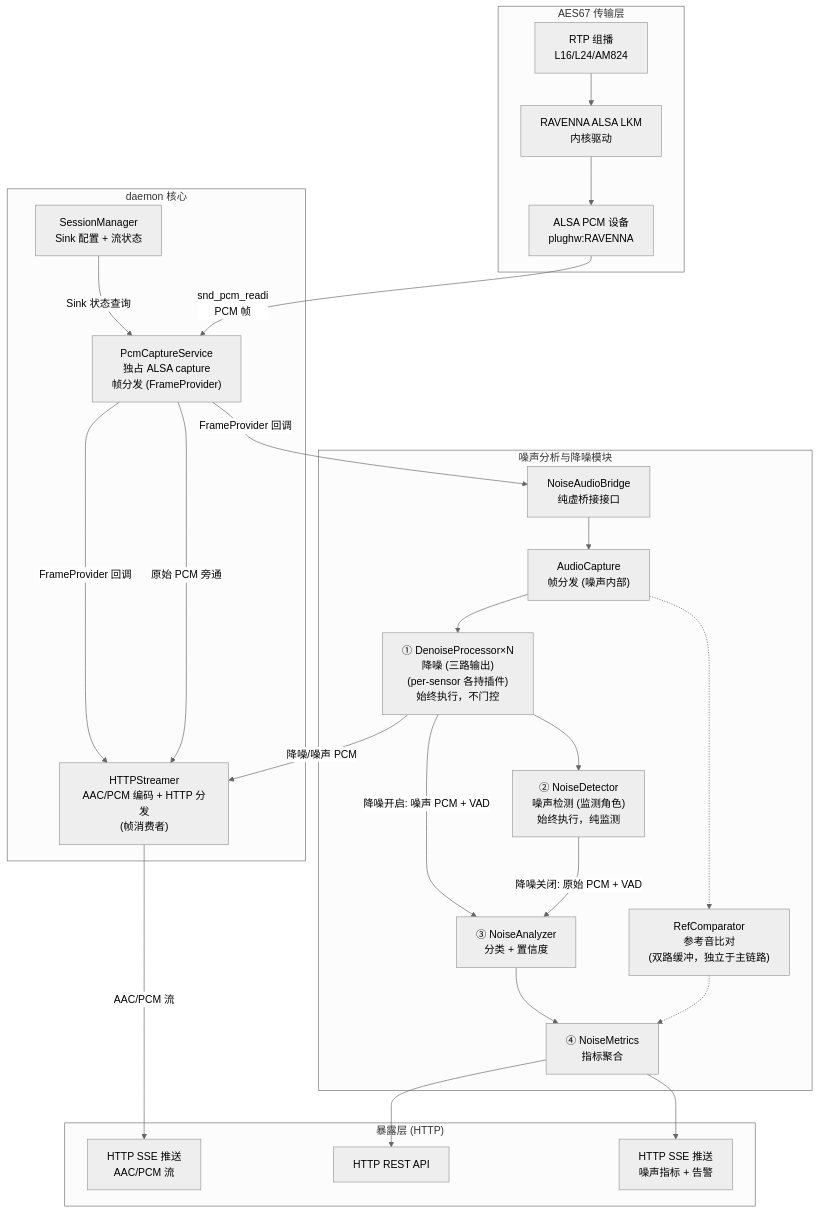
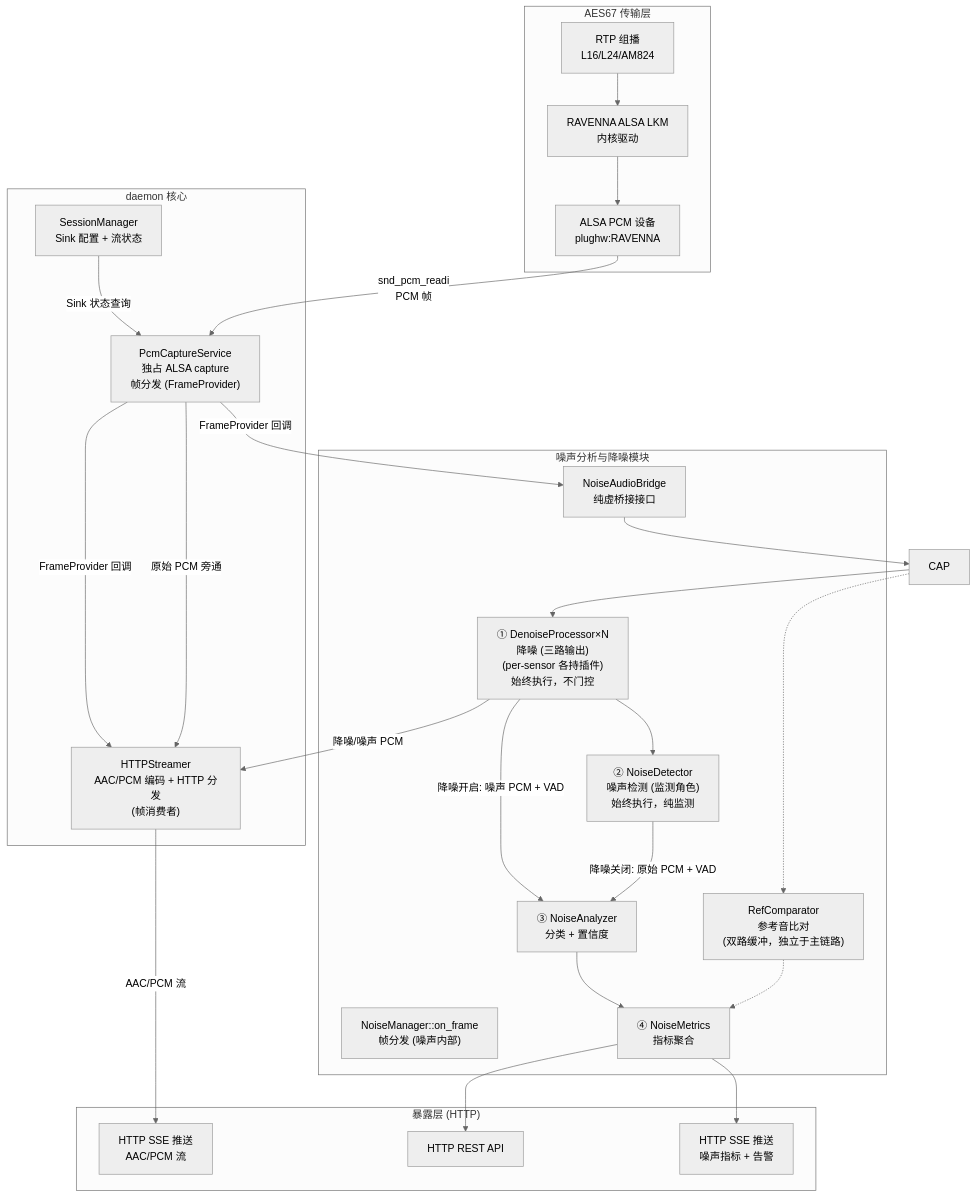
The second of 6 diagrams in docs/noise/architecture-design.md (JunJunHub/aes67-linux-daemon), drawn with Mermaid (neutral theme) before and after one commit. The commit also changed other lines of this file and 6 other files, not shown here.

First line of the commit message:
refactor(noise): 删除 vestigial AudioCapture，帧分发归 NoiseManager::on_frame

````diff
--- a/docs/noise/architecture-design.md
+++ b/docs/noise/architecture-design.md
@@ -176,47 +176,47 @@
 ```mermaid
 flowchart TB
     subgraph AES67["AES67 传输层"]
         RTP["RTP 组播<br/>L16/L24/AM824"]
         LKM["RAVENNA ALSA LKM<br/>内核驱动"]
         ALSA["ALSA PCM 设备<br/>plughw:RAVENNA"]
     end
 
     subgraph CORE["daemon 核心"]
         SM["SessionManager<br/>Sink 配置 + 流状态"]
         PCS["PcmCaptureService<br/>独占 ALSA capture<br/>帧分发 (FrameProvider)"]
         STR["HTTPStreamer<br/>AAC/PCM 编码 + HTTP 分发<br/>(帧消费者)"]
     end
 
     subgraph NOISE["噪声分析与降噪模块"]
         BRIDGE_IF["NoiseAudioBridge<br/>纯虚桥接接口"]
-        CAP["AudioCapture<br/>帧分发 (噪声内部)"]
+        NM2["NoiseManager::on_frame<br/>帧分发 (噪声内部)"]
         DNR["① DenoiseProcessor×N<br/>降噪 (三路输出)<br/>(per-sensor 各持插件)<br/>始终执行，不门控"]
         DET["② NoiseDetector<br/>噪声检测 (监测角色)<br/>始终执行，纯监测"]
         ANA["③ NoiseAnalyzer<br/>分类 + 置信度"]
         REF["RefComparator<br/>参考音比对<br/>(双路缓冲，独立于主链路)"]
         MET["④ NoiseMetrics<br/>指标聚合"]
     end
 
     subgraph API["暴露层 (HTTP)"]
         AudioSSE["HTTP SSE 推送<br/>AAC/PCM 流"]
         HTTP["HTTP REST API"]
         NoiseSSE["HTTP SSE 推送<br/>噪声指标 + 告警"]
     end
 
     RTP --> LKM --> ALSA
     SM -->|Sink 状态查询| PCS
     ALSA -->|snd_pcm_readi<br/>PCM 帧| PCS
     PCS -->|FrameProvider 回调| STR
     PCS -->|FrameProvider 回调| BRIDGE_IF
     BRIDGE_IF --> CAP
     CAP --> DNR --> DET
     DNR -->|"降噪开启: 噪声 PCM + VAD"| ANA
     DET -->|"降噪关闭: 原始 PCM + VAD"| ANA
     ANA --> MET
     CAP -.-> REF
     REF -.-> MET
     MET --> HTTP & NoiseSSE
     PCS -->|原始 PCM 旁通| STR
     DNR -->|降噪/噪声 PCM| STR
     STR -->|AAC/PCM 流| AudioSSE
 ```
````
